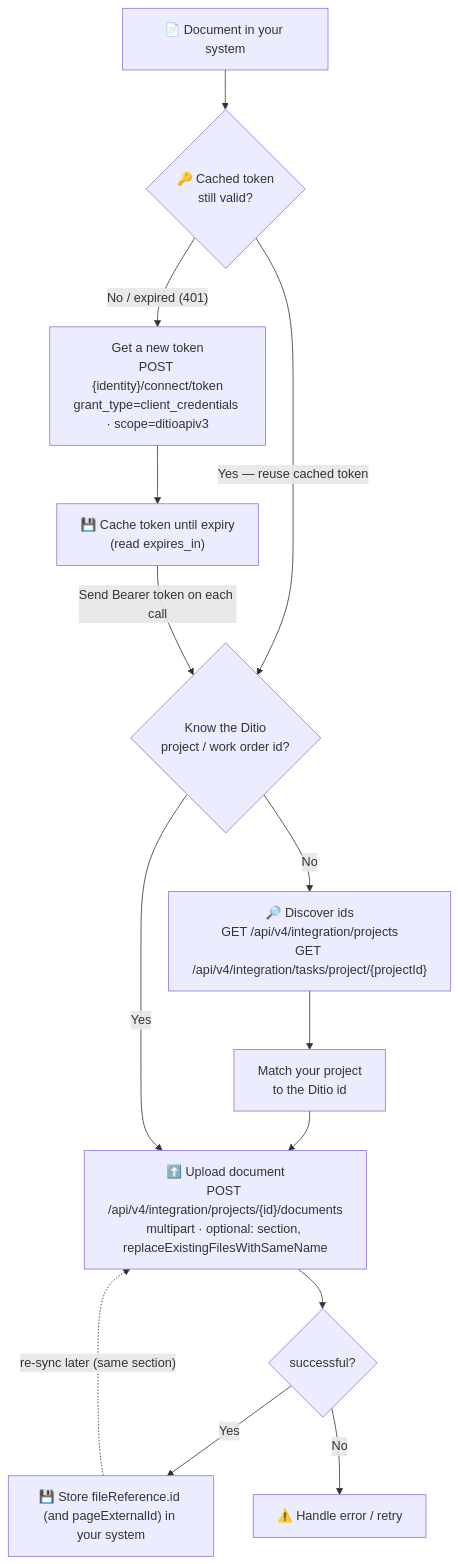
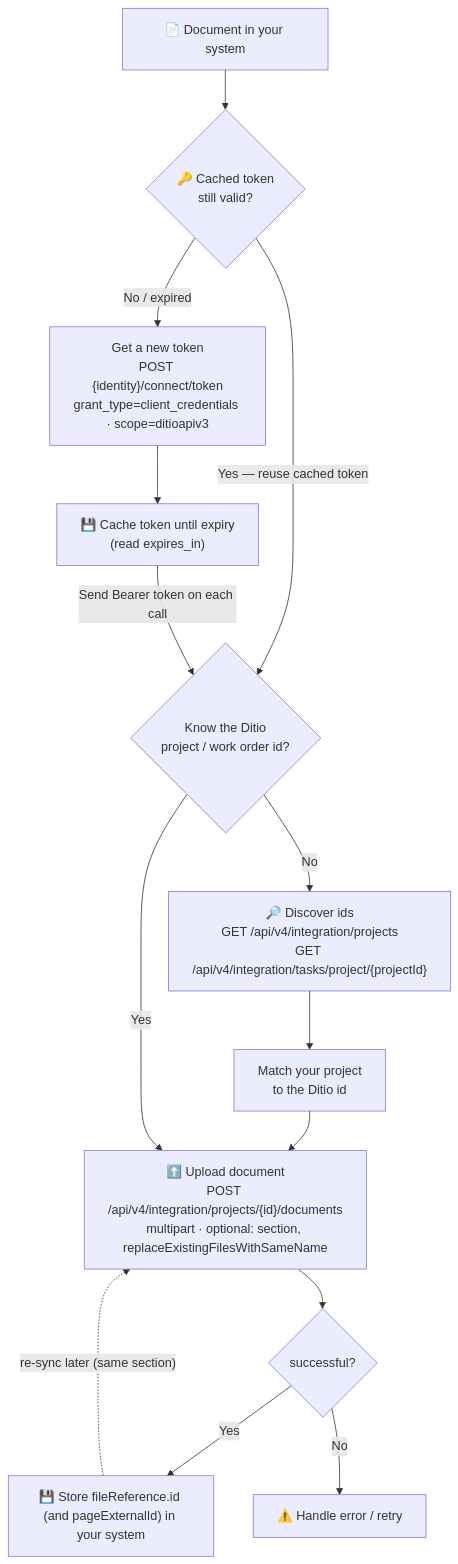
Before and after one commit to ditioas/Ditio.Core.Samples.Integrations: the first of 2 diagrams in documents/README.md, drawn with Mermaid. The commit also changed other lines of this file and 1 other file, not shown here.

Commit message:
docs: clarify API client 401 troubleshooting

````diff
--- a/documents/README.md
+++ b/documents/README.md
@@ -37,16 +37,16 @@
 ```mermaid
 flowchart TD
     Doc["📄 Document in your system"] --> TokenOk{"🔑 Cached token<br/>still valid?"}
     TokenOk -->|"Yes — reuse cached token"| HasId
-    TokenOk -->|"No / expired (401)"| Auth["Get a new token<br/>POST {identity}/connect/token<br/>grant_type=client_credentials · scope=ditioapiv3"]
+    TokenOk -->|"No / expired"| Auth["Get a new token<br/>POST {identity}/connect/token<br/>grant_type=client_credentials · scope=ditioapiv3"]
     Auth --> Cache["💾 Cache token until expiry<br/>(read expires_in)"]
     Cache -->|"Send Bearer token on each call"| HasId{"Know the Ditio<br/>project / work order id?"}
     HasId -->|No| Find["🔎 Discover ids<br/>GET /api/v4/integration/projects<br/>GET /api/v4/integration/tasks/project/{projectId}"]
     Find --> Match["Match your project<br/>to the Ditio id"]
     Match --> Upload
     HasId -->|Yes| Upload["⬆️ Upload document<br/>POST /api/v4/integration/projects/{id}/documents<br/>multipart · optional: section, replaceExistingFilesWithSameName"]
     Upload --> Ok{"successful?"}
     Ok -->|Yes| Store["💾 Store fileReference.id (and pageExternalId) in your system"]
     Ok -->|No| Err["⚠️ Handle error / retry"]
     Store -.->|"re-sync later (same section)"| Upload
 ```
````
